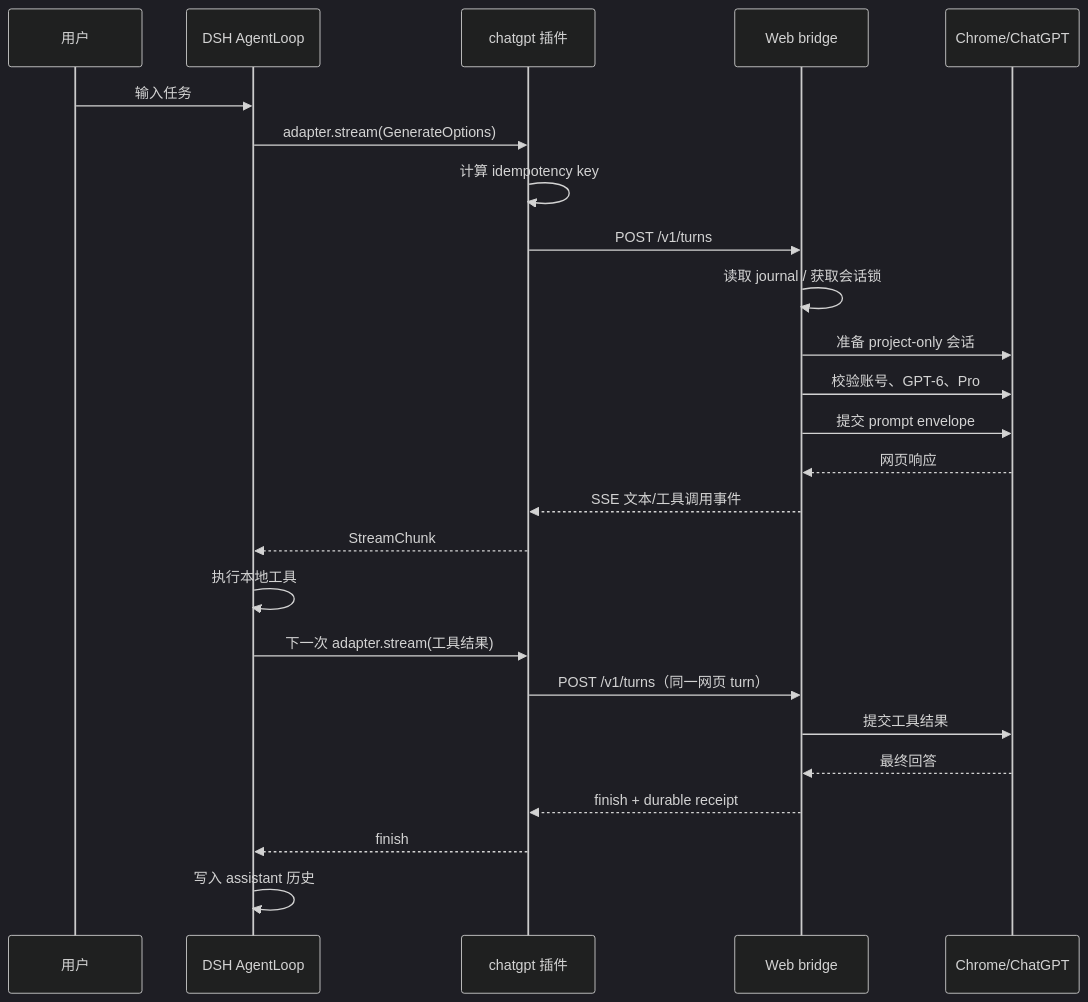
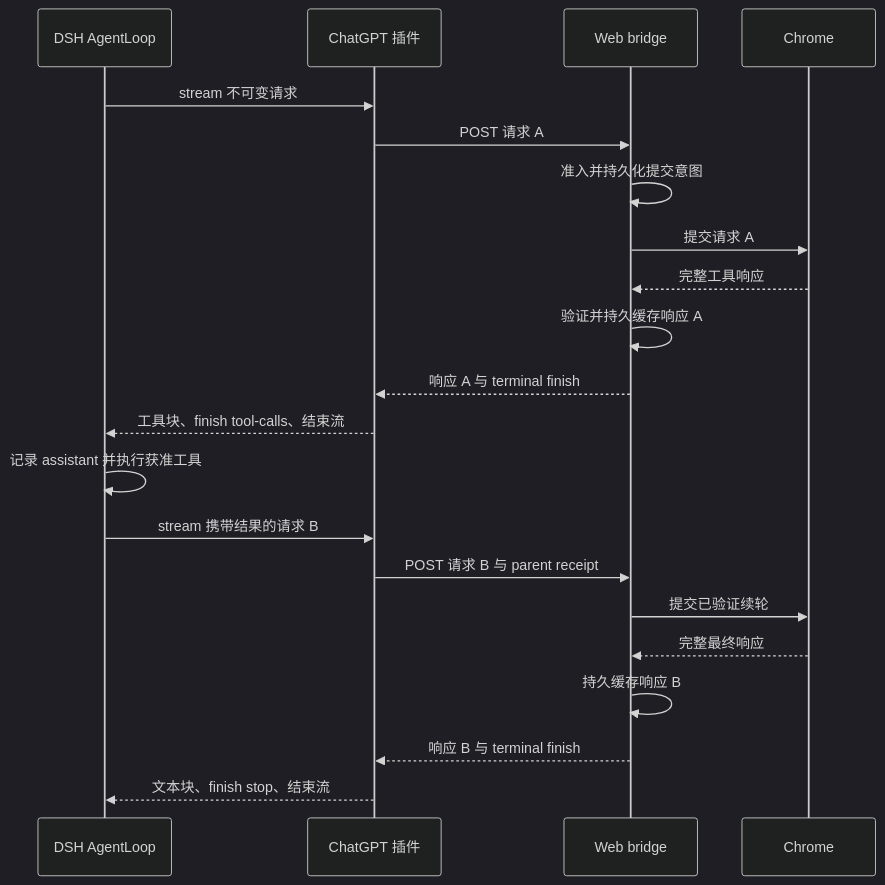
Before and after one commit to ckanner/dsh-plugin-chatgpt: the first of 2 diagrams in docs/design/chatgpt-web-sidecar.zh.md, drawn with Mermaid (dark theme). The commit also changed other lines of this file and 1 other file, not shown here.

````diff
--- a/docs/design/chatgpt-web-sidecar.zh.md
+++ b/docs/design/chatgpt-web-sidecar.zh.md
@@ -74,28 +70,23 @@
 ```mermaid
 sequenceDiagram
-  participant U as 用户
   participant D as DSH AgentLoop
-  participant P as chatgpt 插件
+  participant P as ChatGPT 插件
   participant B as Web bridge
-  participant C as Chrome/ChatGPT
-
-  U->>D: 输入任务
-  D->>P: adapter.stream(GenerateOptions)
-  P->>P: 计算 idempotency key
-  P->>B: POST /v1/turns
-  B->>B: 读取 journal / 获取会话锁
-  B->>C: 准备 project-only 会话
-  B->>C: 校验账号、GPT-6、Pro
-  B->>C: 提交 prompt envelope
-  C-->>B: 网页响应
-  B-->>P: SSE 文本/工具调用事件
-  P-->>D: StreamChunk
-  D->>D: 执行本地工具
-  D->>P: 下一次 adapter.stream(工具结果)
-  P->>B: POST /v1/turns（同一网页 turn）
-  B->>C: 提交工具结果
-  C-->>B: 最终回答
-  B-->>P: finish + durable receipt
-  P-->>D: finish
-  D->>D: 写入 assistant 历史
+  participant C as Chrome
+  D->>P: stream 不可变请求
+  P->>B: POST 请求 A
+  B->>B: 准入并持久化提交意图
+  B->>C: 提交请求 A
+  C-->>B: 完整工具响应
+  B->>B: 验证并持久缓存响应 A
+  B-->>P: 响应 A 与 terminal finish
+  P-->>D: 工具块、finish tool-calls、结束流
+  D->>D: 记录 assistant 并执行获准工具
+  D->>P: stream 携带结果的请求 B
+  P->>B: POST 请求 B 与 parent receipt
+  B->>C: 提交已验证续轮
+  C-->>B: 完整最终响应
+  B->>B: 持久缓存响应 B
+  B-->>P: 响应 B 与 terminal finish
+  P-->>D: 文本块、finish stop、结束流
 ```
````
